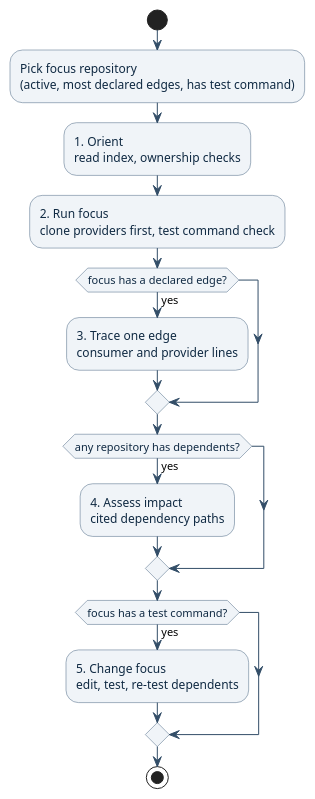
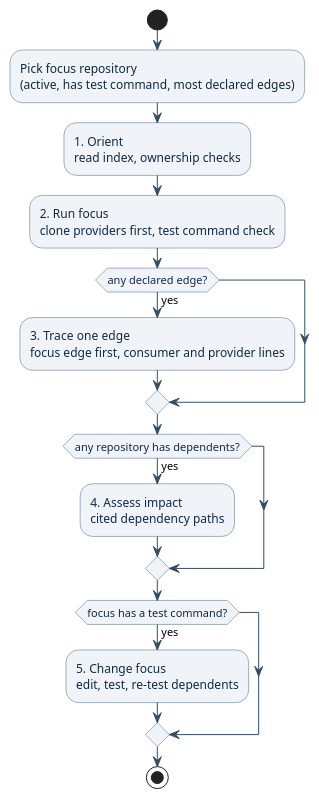
Before and after one commit to brunobrise/xfeat: the diagram in docs/specs/diagrams/01a10804fd3272c3/learning-path.puml, drawn with PlantUML. The commit also changed 8 other files, not shown here.

```diff
--- a/docs/specs/diagrams/01a10804fd3272c3/learning-path.puml
+++ b/docs/specs/diagrams/01a10804fd3272c3/learning-path.puml
@@ -1,26 +1,26 @@
 @startuml
 skinparam backgroundColor #FFFFFF
 skinparam shadowing false
 skinparam defaultFontName Helvetica
 skinparam activity {
   BorderColor #486581
   FontColor #102A43
   BackgroundColor #F0F4F8
 }
 skinparam arrowColor #334E68
 
 start
-:Pick focus repository\n(active, most declared edges, has test command);
+:Pick focus repository\n(active, has test command, most declared edges);
 :1. Orient\nread index, ownership checks;
 :2. Run focus\nclone providers first, test command check;
-if (focus has a declared edge?) then (yes)
-  :3. Trace one edge\nconsumer and provider lines;
+if (any declared edge?) then (yes)
+  :3. Trace one edge\nfocus edge first, consumer and provider lines;
 endif
 if (any repository has dependents?) then (yes)
   :4. Assess impact\ncited dependency paths;
 endif
 if (focus has a test command?) then (yes)
   :5. Change focus\nedit, test, re-test dependents;
 endif
 stop
 @enduml
```
